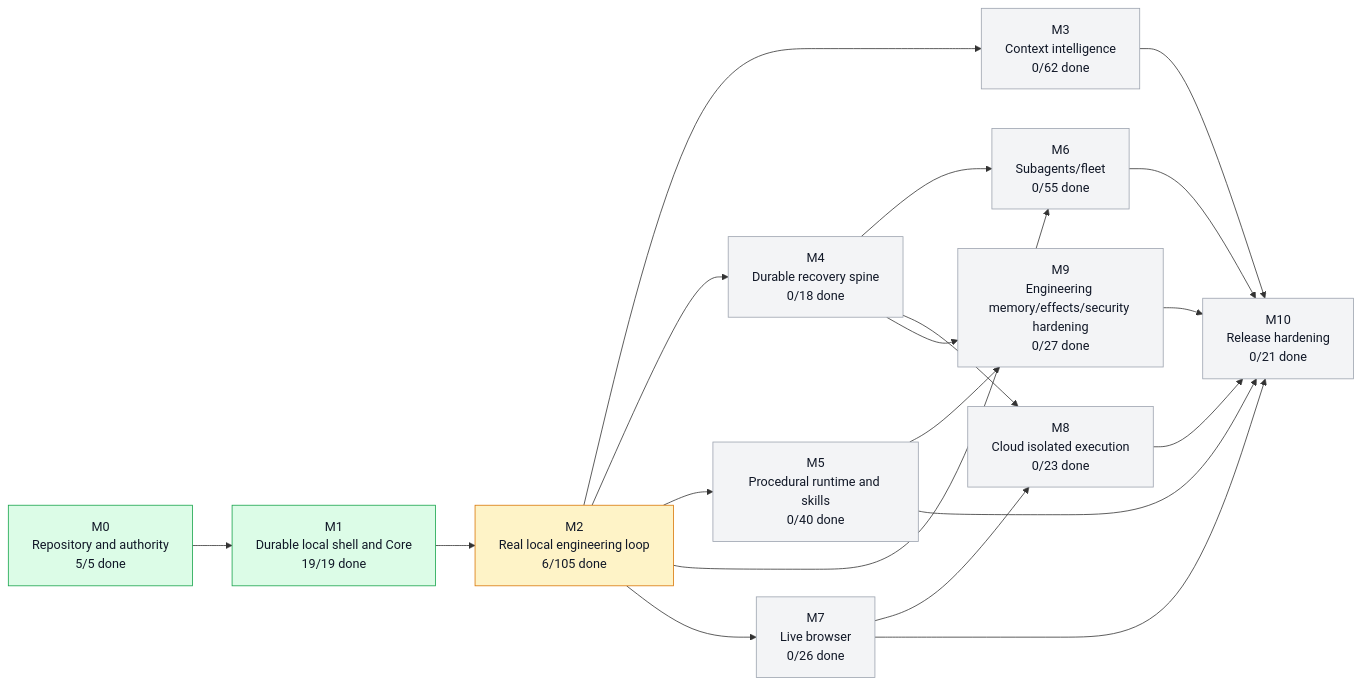
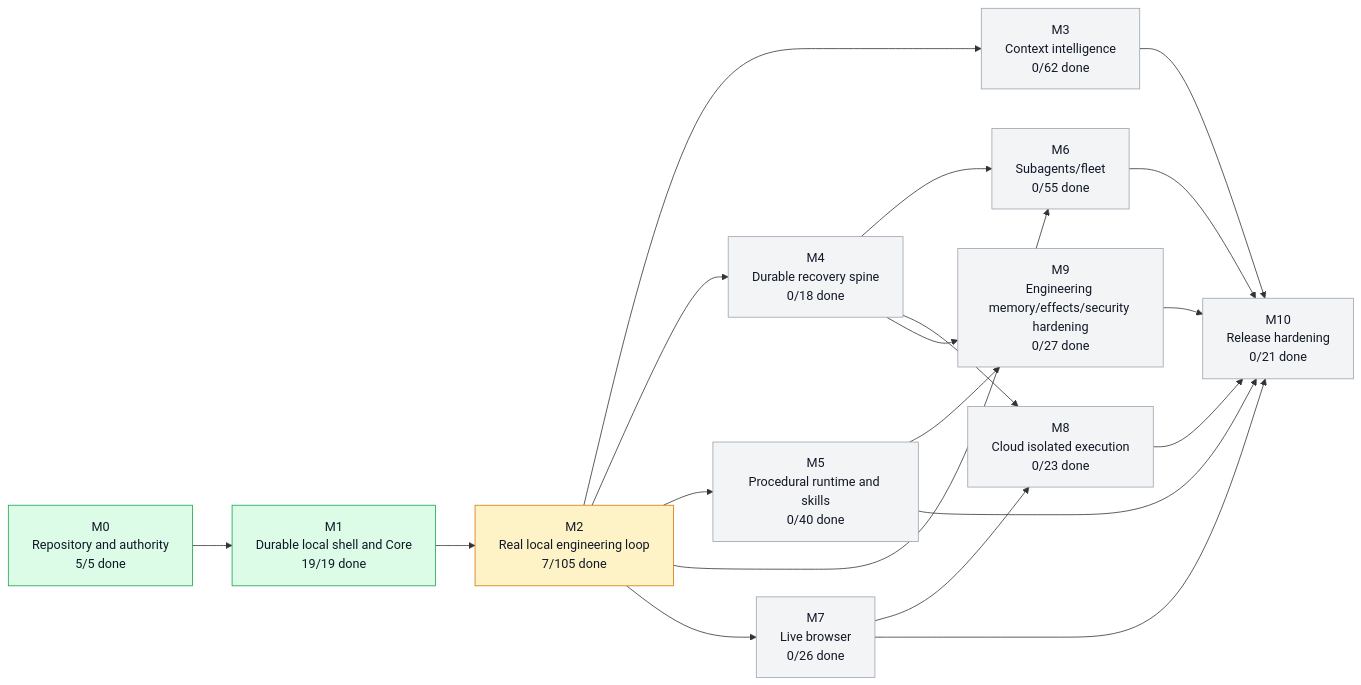
The first of 5 diagrams in graph/PROJECT_GRAPH.md (moss101/modbit), drawn with Mermaid before and after one commit. The commit also changed other lines of this file and 6 other files, not shown here.

````diff
--- a/graph/PROJECT_GRAPH.md
+++ b/graph/PROJECT_GRAPH.md
@@ -57,43 +57,43 @@
 ```mermaid
 flowchart LR
   M0["M0<br/>Repository and authority<br/>5/5 done"]
   M1["M1<br/>Durable local shell and Core<br/>19/19 done"]
-  M2["M2<br/>Real local engineering loop<br/>6/105 done"]
+  M2["M2<br/>Real local engineering loop<br/>7/105 done"]
   M3["M3<br/>Context intelligence<br/>0/62 done"]
   M4["M4<br/>Durable recovery spine<br/>0/18 done"]
   M5["M5<br/>Procedural runtime and skills<br/>0/40 done"]
   M6["M6<br/>Subagents/fleet<br/>0/55 done"]
   M7["M7<br/>Live browser<br/>0/26 done"]
   M8["M8<br/>Cloud isolated execution<br/>0/23 done"]
   M9["M9<br/>Engineering memory/effects/security hardening<br/>0/27 done"]
   M10["M10<br/>Release hardening<br/>0/21 done"]
   M0 --> M1
   M1 --> M2
   M2 --> M3
   M2 --> M4
   M2 --> M5
   M2 --> M6
   M4 --> M6
   M2 --> M7
   M4 --> M8
   M7 --> M8
   M4 --> M9
   M5 --> M9
   M3 --> M10
   M5 --> M10
   M6 --> M10
   M7 --> M10
   M8 --> M10
   M9 --> M10
   style M0 fill:#dcfce7,stroke:#16a34a,color:#111827
   style M1 fill:#dcfce7,stroke:#16a34a,color:#111827
   style M2 fill:#fef3c7,stroke:#d97706,color:#111827
   style M3 fill:#f3f4f6,stroke:#9ca3af,color:#111827
   style M4 fill:#f3f4f6,stroke:#9ca3af,color:#111827
   style M5 fill:#f3f4f6,stroke:#9ca3af,color:#111827
   style M6 fill:#f3f4f6,stroke:#9ca3af,color:#111827
   style M7 fill:#f3f4f6,stroke:#9ca3af,color:#111827
   style M8 fill:#f3f4f6,stroke:#9ca3af,color:#111827
   style M9 fill:#f3f4f6,stroke:#9ca3af,color:#111827
   style M10 fill:#f3f4f6,stroke:#9ca3af,color:#111827
 ```
````
